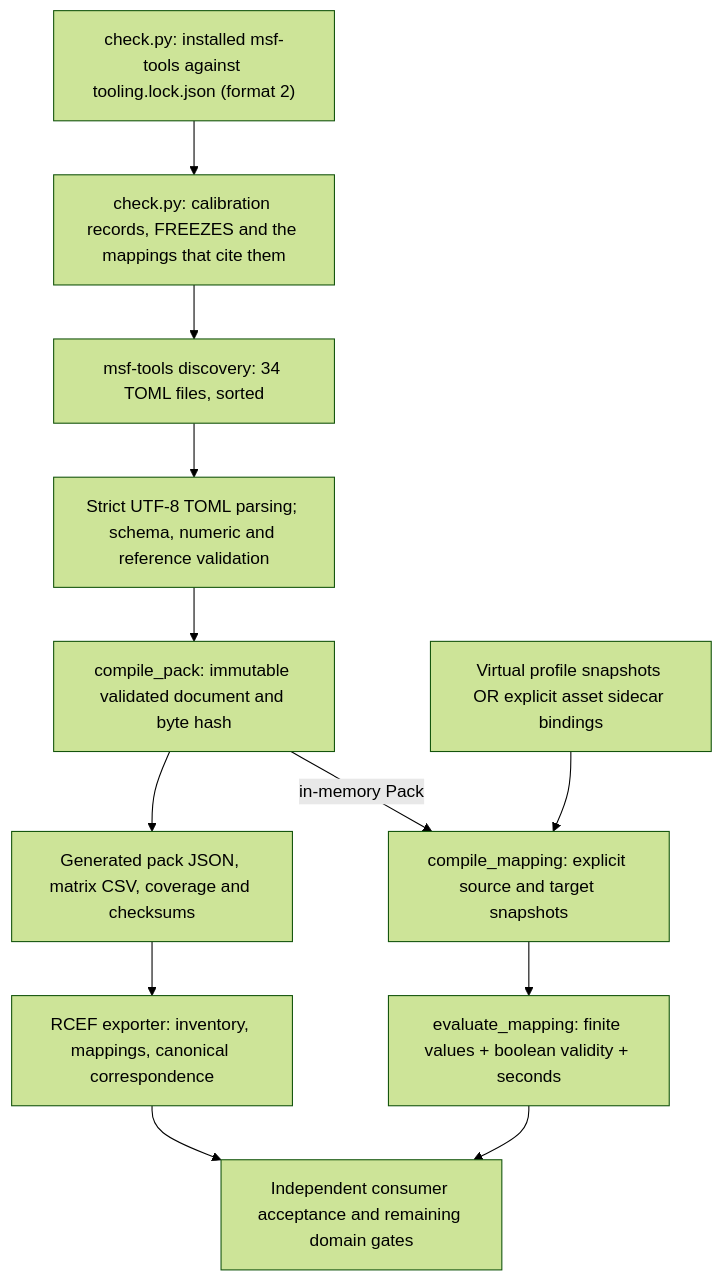
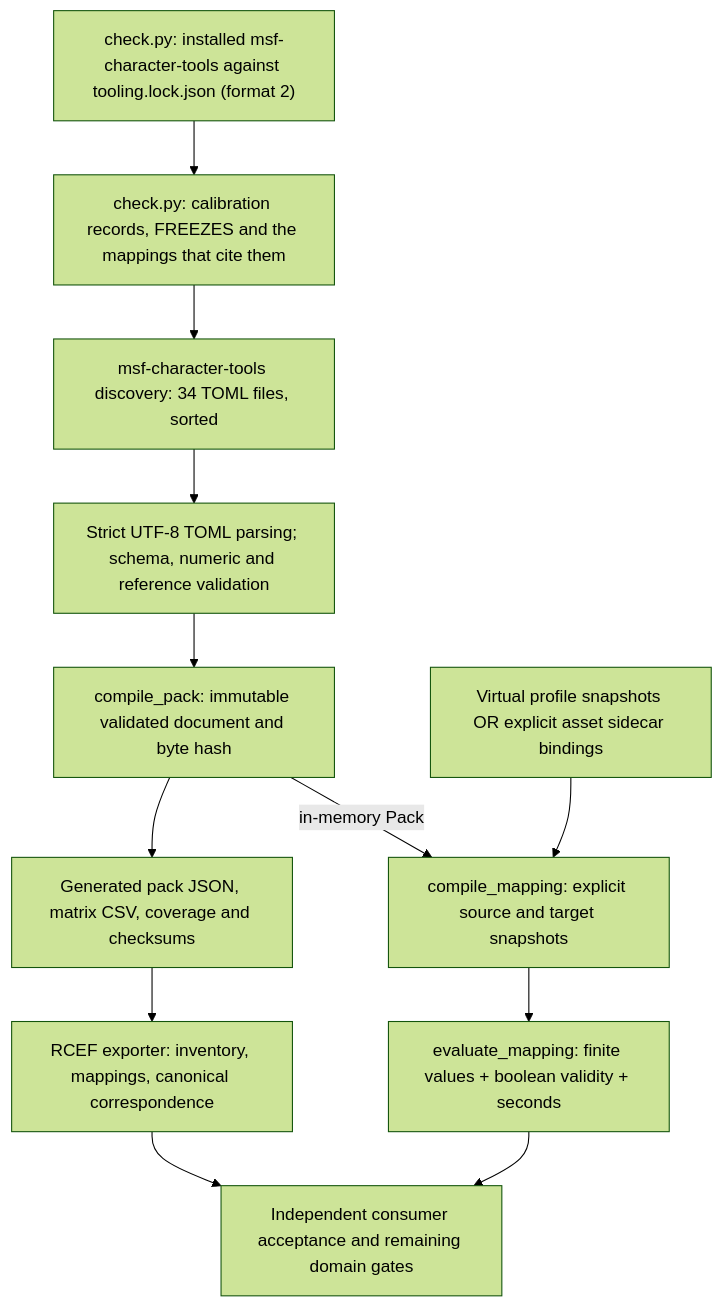
Before and after one commit to MetaverseStandards/RCEF: the first of 2 diagrams in docs/architecture.md, drawn with Mermaid (forest theme). The commit also changed other lines of this file and 35 other files, not shown here.

First line of the commit message:
Use msf-character-tools, the new name of msf-tools, from MetaverseStandards

````diff
--- a/docs/architecture.md
+++ b/docs/architecture.md
@@ -29,14 +29,14 @@
 ```mermaid
 flowchart TD
-    L["check.py: installed msf-tools against tooling.lock.json (format 2)"] --> K["check.py: calibration records, FREEZES and the mappings that cite them"]
-    K --> B["msf-tools discovery: 34 TOML files, sorted"]
+    L["check.py: installed msf-character-tools against tooling.lock.json (format 2)"] --> K["check.py: calibration records, FREEZES and the mappings that cite them"]
+    K --> B["msf-character-tools discovery: 34 TOML files, sorted"]
     B --> C["Strict UTF-8 TOML parsing; schema, numeric and reference validation"]
     C --> D["compile_pack: immutable validated document and byte hash"]
     D --> E["Generated pack JSON, matrix CSV, coverage and checksums"]
     D -->|in-memory Pack| F["compile_mapping: explicit source and target snapshots"]
     P["Virtual profile snapshots OR explicit asset sidecar bindings"] --> F
     F --> G["evaluate_mapping: finite values + boolean validity + seconds"]
     E --> H["RCEF exporter: inventory, mappings, canonical correspondence"]
     G --> I["Independent consumer acceptance and remaining domain gates"]
     H --> I
 ```
````
